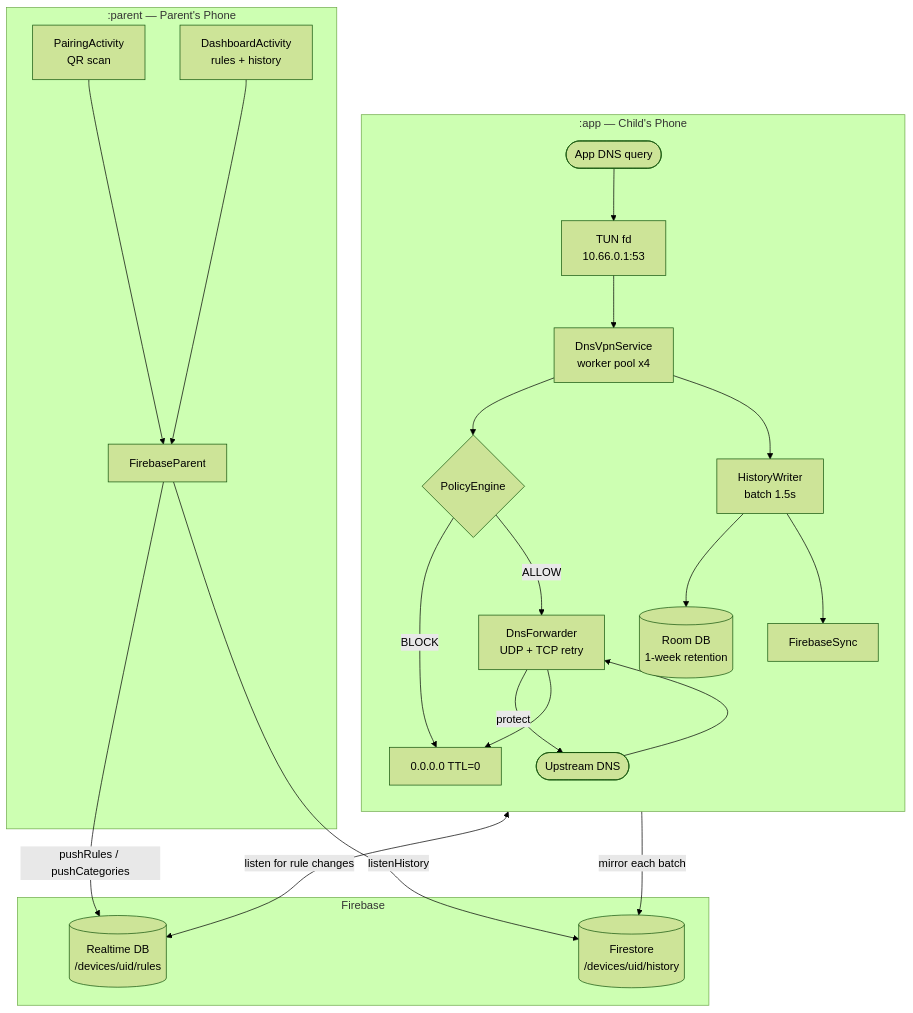
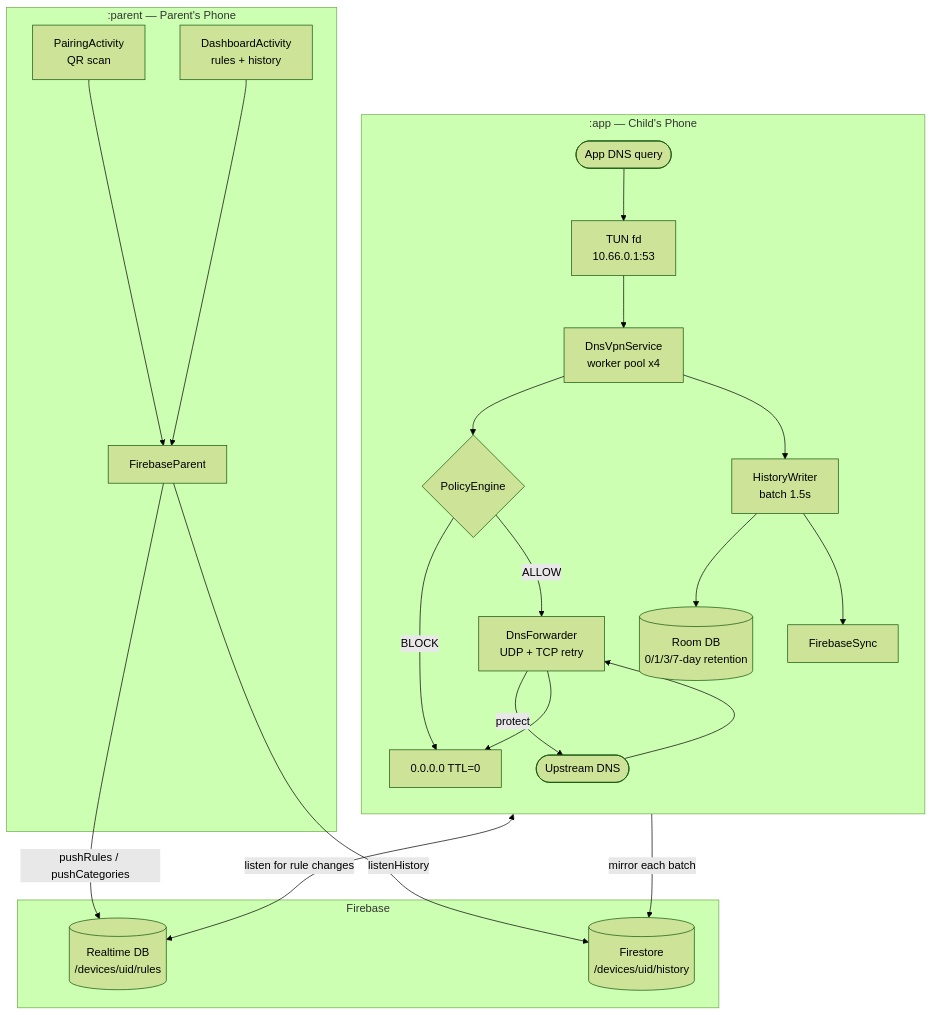
The first of 3 diagrams in README.md (STARFALL088/Tracewall), drawn with Mermaid (forest theme) before and after one commit. The commit also changed other lines of this file and 6 other files, not shown here.

````diff
--- a/README.md
+++ b/README.md
@@ -122,34 +122,34 @@
 ```mermaid
 graph TB
     subgraph child [":app  —  Child's Phone"]
         direction TB
         A([App DNS query]) --> TUN[TUN fd\n10.66.0.1:53]
         TUN --> VPN[DnsVpnService\nworker pool x4]
         VPN --> PE{PolicyEngine}
         PE -->|BLOCK| SINK[0.0.0.0  TTL=0]
         PE -->|ALLOW| FWD[DnsForwarder\nUDP + TCP retry]
         FWD -->|protect| REAL([Upstream DNS])
         REAL --> FWD --> SINK
         VPN --> HW[HistoryWriter\nbatch 1.5s]
-        HW --> ROOM[(Room DB\n1-week retention)]
+        HW --> ROOM[(Room DB\n0/1/3/7-day retention)]
         HW --> FSYNC[FirebaseSync]
     end
 
     subgraph fb [Firebase]
         RTDB[(Realtime DB\n/devices/uid/rules)]
         FST[(Firestore\n/devices/uid/history)]
     end
 
     subgraph parent [":parent  —  Parent's Phone"]
         FP[FirebaseParent]
         PAIR[PairingActivity\nQR scan]
         DASH[DashboardActivity\nrules + history]
         PAIR --> FP
         DASH --> FP
     end
 
     FSYNC -->|mirror each batch| FST
     FSYNC <-->|listen for rule changes| RTDB
     FP -->|pushRules / pushCategories| RTDB
     FP -->|listenHistory| FST
 ```
````
